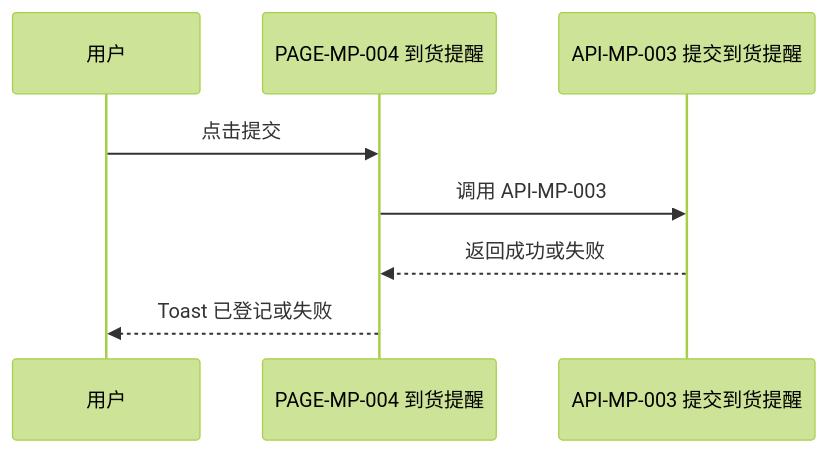
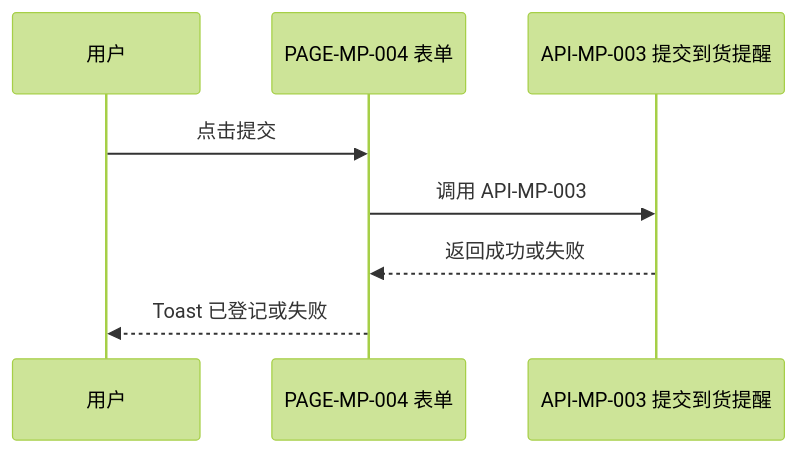
The first of 2 diagrams in examples/mini-shop/feature/FEATURE-003.md (NingYuanLee/lny-prd-master), drawn with Mermaid (forest theme) before and after one commit. The commit also changed other lines of this file and 112 other files, not shown here.

````diff
--- a/examples/mini-shop/feature/FEATURE-003.md
+++ b/examples/mini-shop/feature/FEATURE-003.md
@@ -45,10 +45,10 @@
 ```mermaid
 sequenceDiagram
     participant User as 用户
-    participant UI_MP_004 as PAGE-MP-004 到货提醒
+    participant UI_MP_004 as PAGE-MP-004 表单
     participant API_MP_003 as API-MP-003 提交到货提醒
     User->>UI_MP_004: 点击提交
     UI_MP_004->>API_MP_003: 调用 API-MP-003
     API_MP_003-->>UI_MP_004: 返回成功或失败
     UI_MP_004-->>User: Toast 已登记或失败
 ```
````
